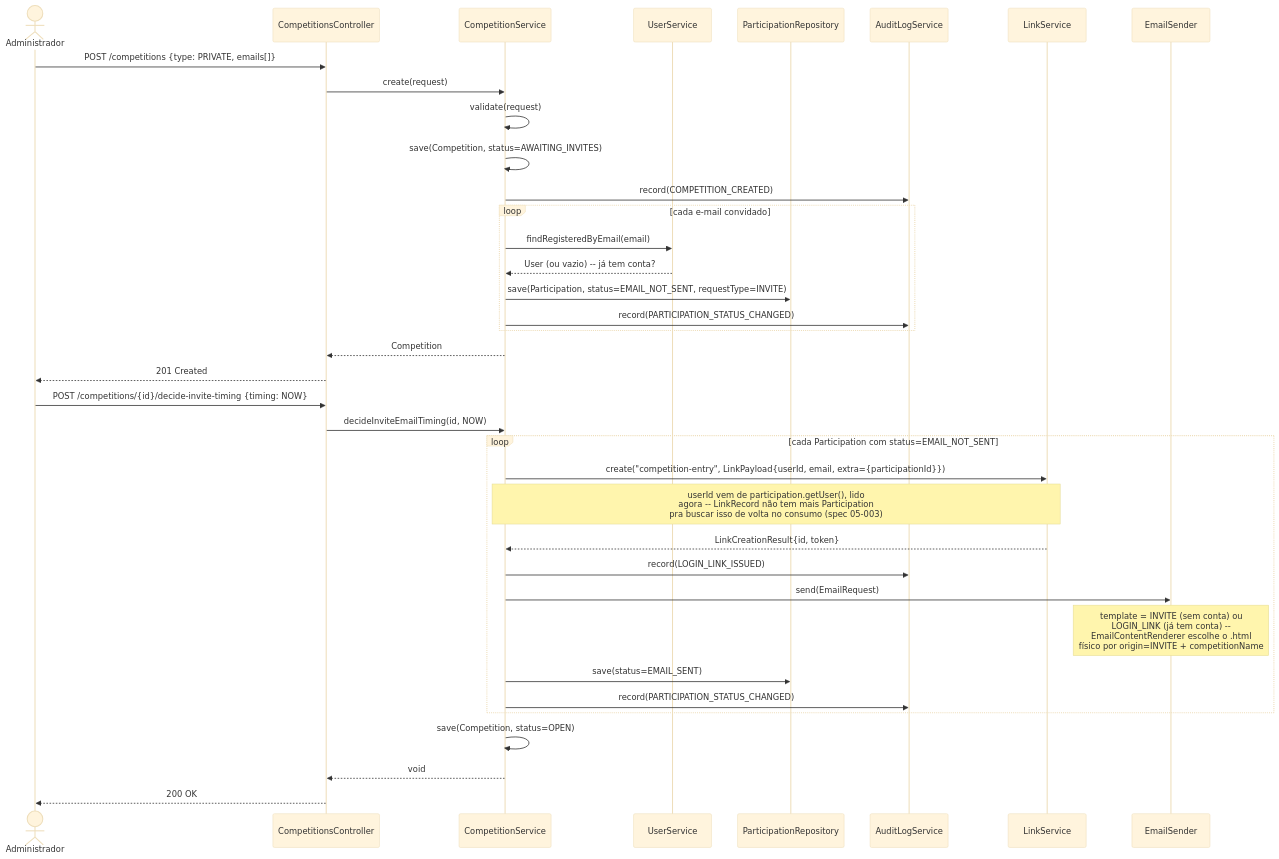
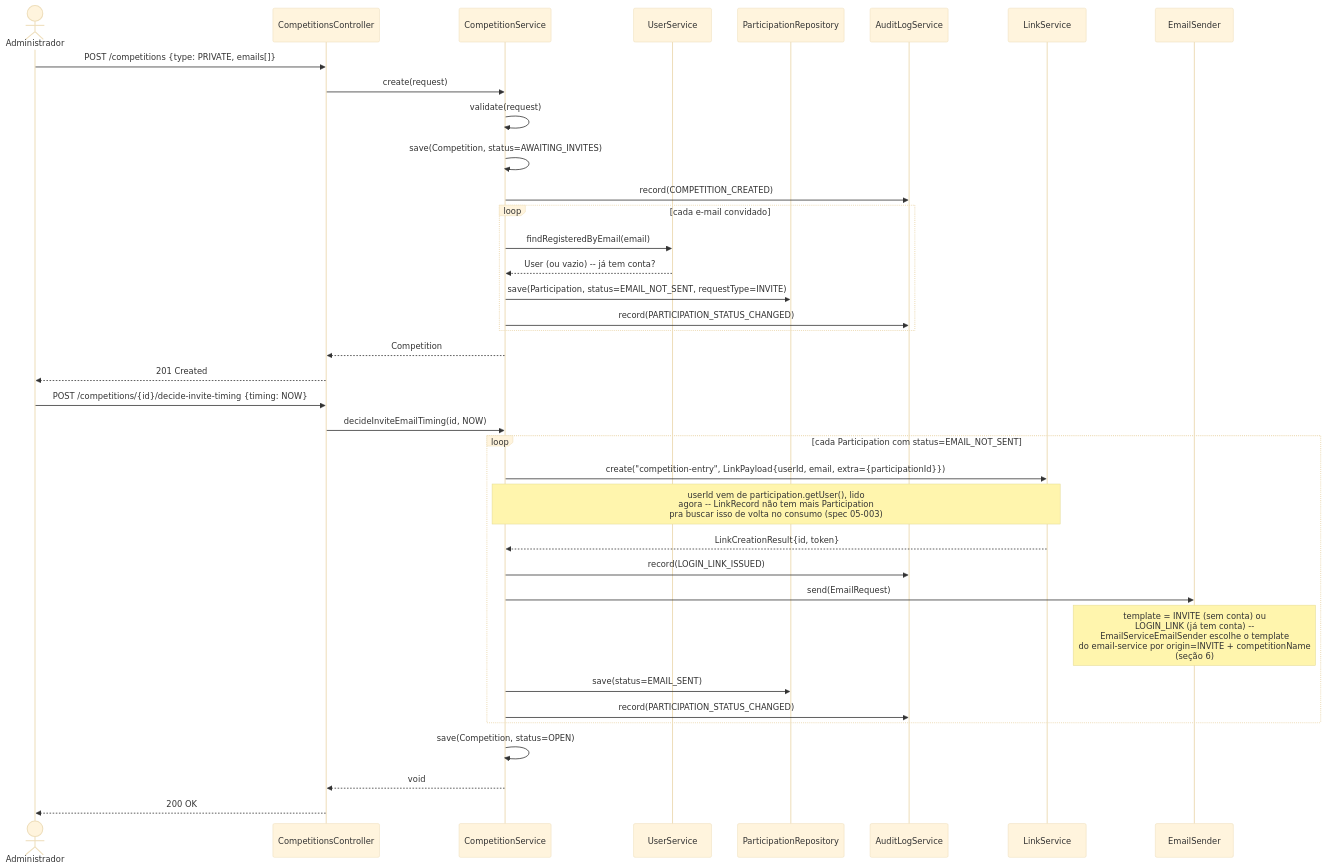
Before and after one commit to lalgarve/jogo-acoes: the sixth of 10 diagrams in docs/diagrams/sequencia.md, drawn with Mermaid (base theme). The commit also changed other lines of this file and 6 other files, not shown here.

````diff
--- a/docs/diagrams/sequencia.md
+++ b/docs/diagrams/sequencia.md
@@ -229,41 +229,41 @@
 ```mermaid
 sequenceDiagram
     actor A as Administrador
     participant CC as CompetitionsController
     participant CS as CompetitionService
     participant US as UserService
     participant PR as ParticipationRepository
     participant AL as AuditLogService
     participant LiS as LinkService
     participant ES as EmailSender
 
     A->>CC: POST /competitions {type: PRIVATE, emails[]}
     CC->>CS: create(request)
     CS->>CS: validate(request)
     CS->>CS: save(Competition, status=AWAITING_INVITES)
     CS->>AL: record(COMPETITION_CREATED)
     loop cada e-mail convidado
         CS->>US: findRegisteredByEmail(email)
         US-->>CS: User (ou vazio) -- já tem conta?
         CS->>PR: save(Participation, status=EMAIL_NOT_SENT, requestType=INVITE)
         CS->>AL: record(PARTICIPATION_STATUS_CHANGED)
     end
     CS-->>CC: Competition
     CC-->>A: 201 Created
 
     A->>CC: POST /competitions/{id}/decide-invite-timing {timing: NOW}
     CC->>CS: decideInviteEmailTiming(id, NOW)
     loop cada Participation com status=EMAIL_NOT_SENT
         CS->>LiS: create("competition-entry", LinkPayload{userId, email, extra={participationId}})
         Note over CS,LiS: userId vem de participation.getUser(), lido<br/>agora -- LinkRecord não tem mais Participation<br/>pra buscar isso de volta no consumo (spec 05-003)
         LiS-->>CS: LinkCreationResult{id, token}
         CS->>AL: record(LOGIN_LINK_ISSUED)
         CS->>ES: send(EmailRequest)
-        Note over ES: template = INVITE (sem conta) ou<br/>LOGIN_LINK (já tem conta) --<br/>EmailContentRenderer escolhe o .html<br/>físico por origin=INVITE + competitionName
+        Note over ES: template = INVITE (sem conta) ou<br/>LOGIN_LINK (já tem conta) --<br/>EmailServiceEmailSender escolhe o template<br/>do email-service por origin=INVITE + competitionName<br/>(seção 6)
         CS->>PR: save(status=EMAIL_SENT)
         CS->>AL: record(PARTICIPATION_STATUS_CHANGED)
     end
     CS->>CS: save(Competition, status=OPEN)
     CS-->>CC: void
     CC-->>A: 200 OK
 ```
````
